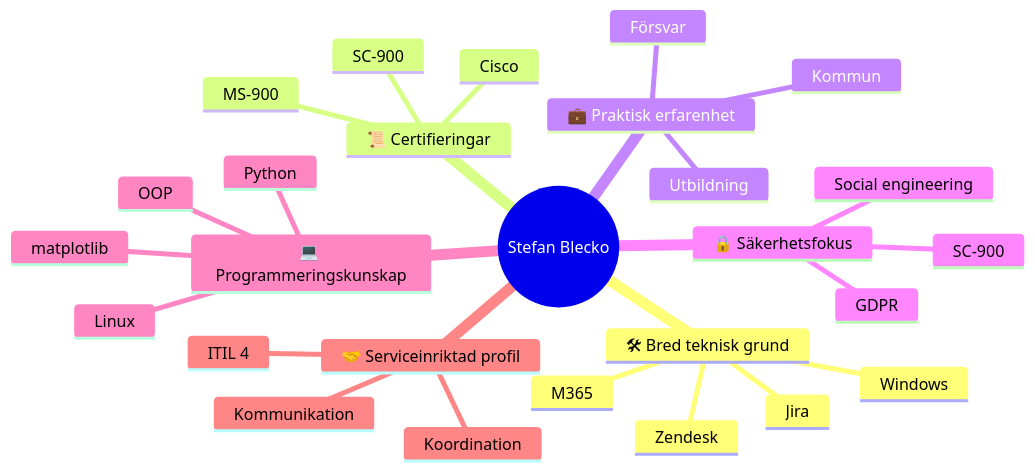
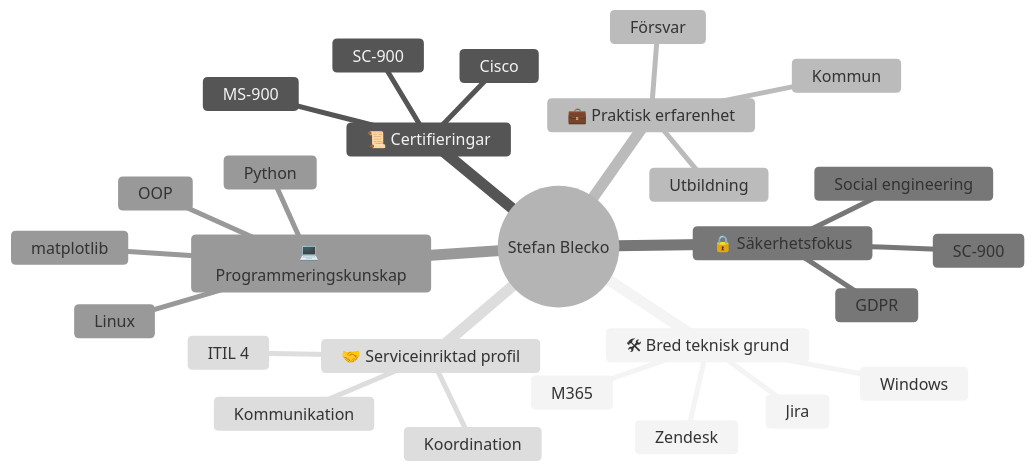
Before and after one commit to steble70/scriptlab: the diagram in README.md, drawn with Mermaid.

````diff
--- a/README.md
+++ b/README.md
@@ -3,30 +3,31 @@
 ```mermaid
+%%{init: {'theme': 'neutral'}}%%
 mindmap
   root((Stefan Blecko))
     🛠 Bred teknisk grund
       Windows
       M365
       Zendesk
       Jira
     📜 Certifieringar
       MS-900
       SC-900
       Cisco
     💼 Praktisk erfarenhet
       Försvar
       Kommun
       Utbildning
     🔒 Säkerhetsfokus
       SC-900
       GDPR
       Social engineering
     💻 Programmeringskunskap
       Python
       OOP
       Linux
       matplotlib
     🤝 Serviceinriktad profil
       ITIL 4
       Koordination
       Kommunikation
 ```
````
